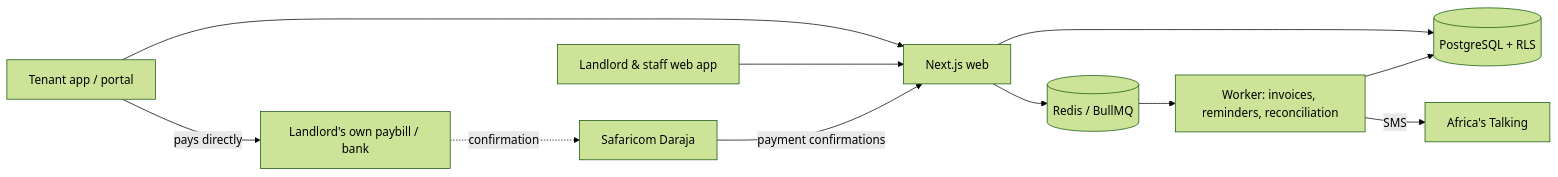
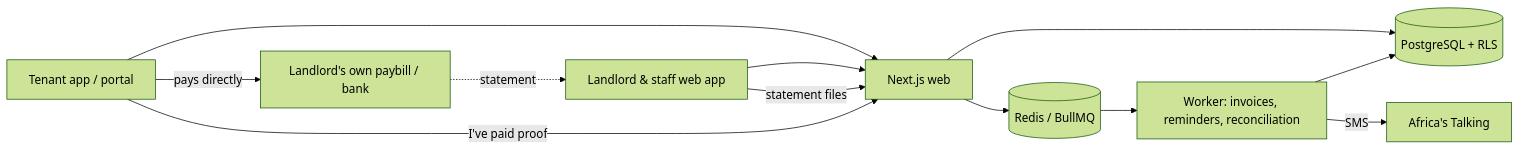
Before and after one commit to msyoki/kodibox: the diagram in README.md, drawn with Mermaid (forest theme). The commit also changed other lines of this file and 31 other files, not shown here.

````diff
--- a/README.md
+++ b/README.md
@@ -59,13 +59,14 @@
 ```mermaid
 flowchart LR
   T[Tenant app / portal] --> W
   L[Landlord & staff web app] --> W[Next.js web]
   W --> DB[(PostgreSQL + RLS)]
   W --> Q[(Redis / BullMQ)]
   Q --> K[Worker: invoices, reminders, reconciliation]
   K --> DB
-  MP[Safaricom Daraja] -- payment confirmations --> W
+  L -- statement files --> W
+  T -- "I've paid" proof --> W
   K -- SMS --> AT[Africa's Talking]
   T -- pays directly --> PB[Landlord's own paybill / bank]
-  PB -. confirmation .-> MP
+  PB -. statement .-> L
 ```
````
